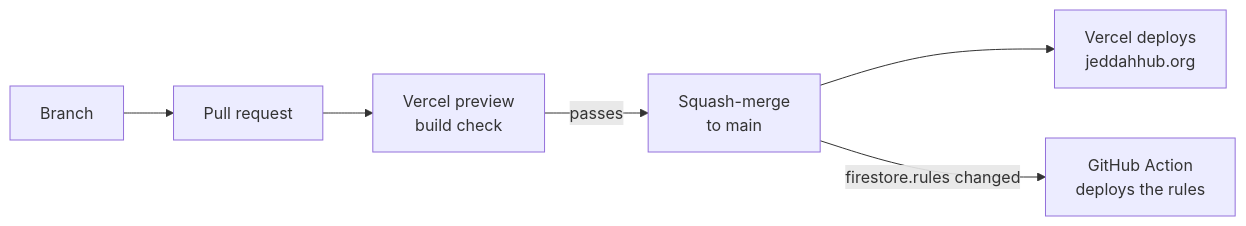
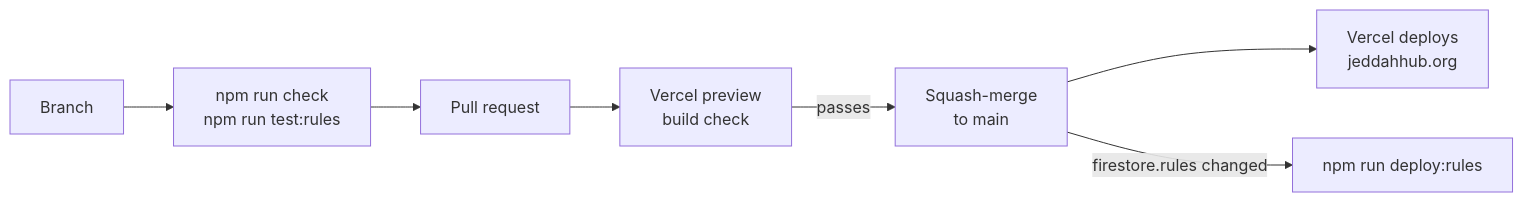
Before and after one commit to The-Dark-Ranger/Jeddah-Hub: diagram 12 of 12 in docs/HOW-IT-WORKS.md, drawn with Mermaid. The commit also changed other lines of this file and 22 other files, not shown here.

````diff
--- a/docs/HOW-IT-WORKS.md
+++ b/docs/HOW-IT-WORKS.md
@@ -371,6 +371,7 @@
 ```mermaid
 flowchart LR
-    B[Branch] --> PR[Pull request] --> VP[Vercel preview<br/>build check]
+    B[Branch] --> CHK[npm run check<br/>npm run test:rules] --> PR[Pull request]
+    PR --> VP[Vercel preview<br/>build check]
     VP -->|passes| M[Squash-merge<br/>to main] --> PROD[Vercel deploys<br/>jeddahhub.org]
-    M -->|firestore.rules changed| GA[GitHub Action<br/>deploys the rules]
+    M -->|firestore.rules changed| DR[npm run deploy:rules]
 ```
````
